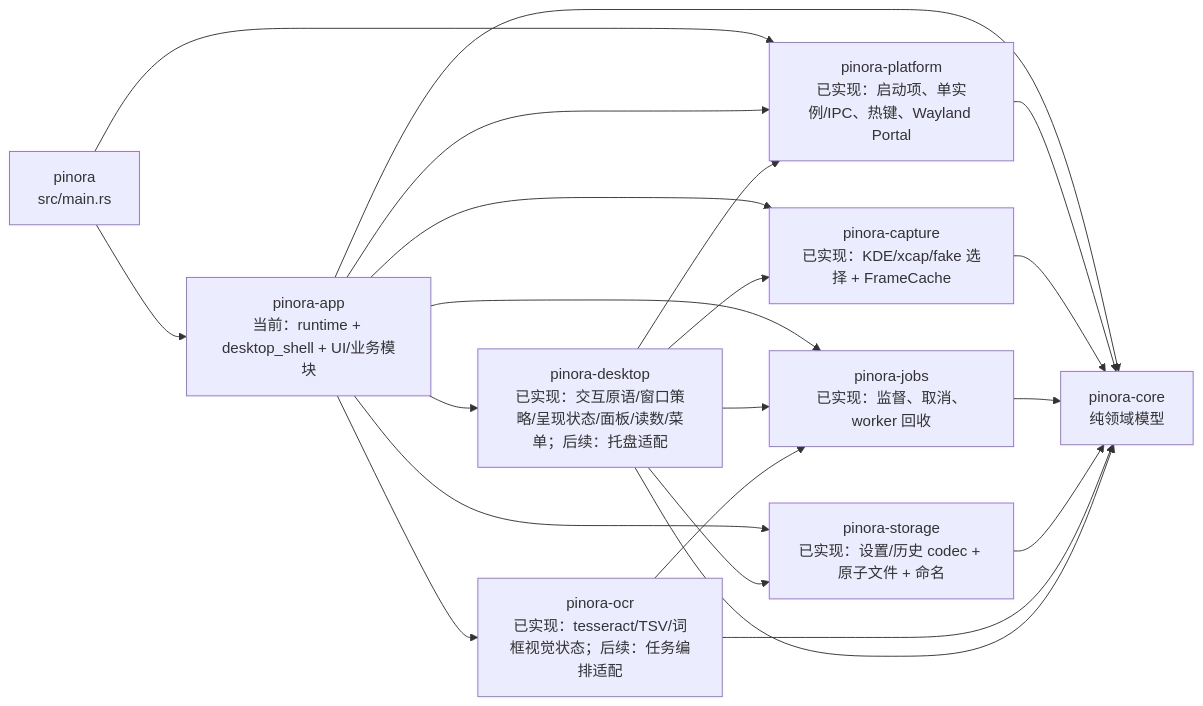
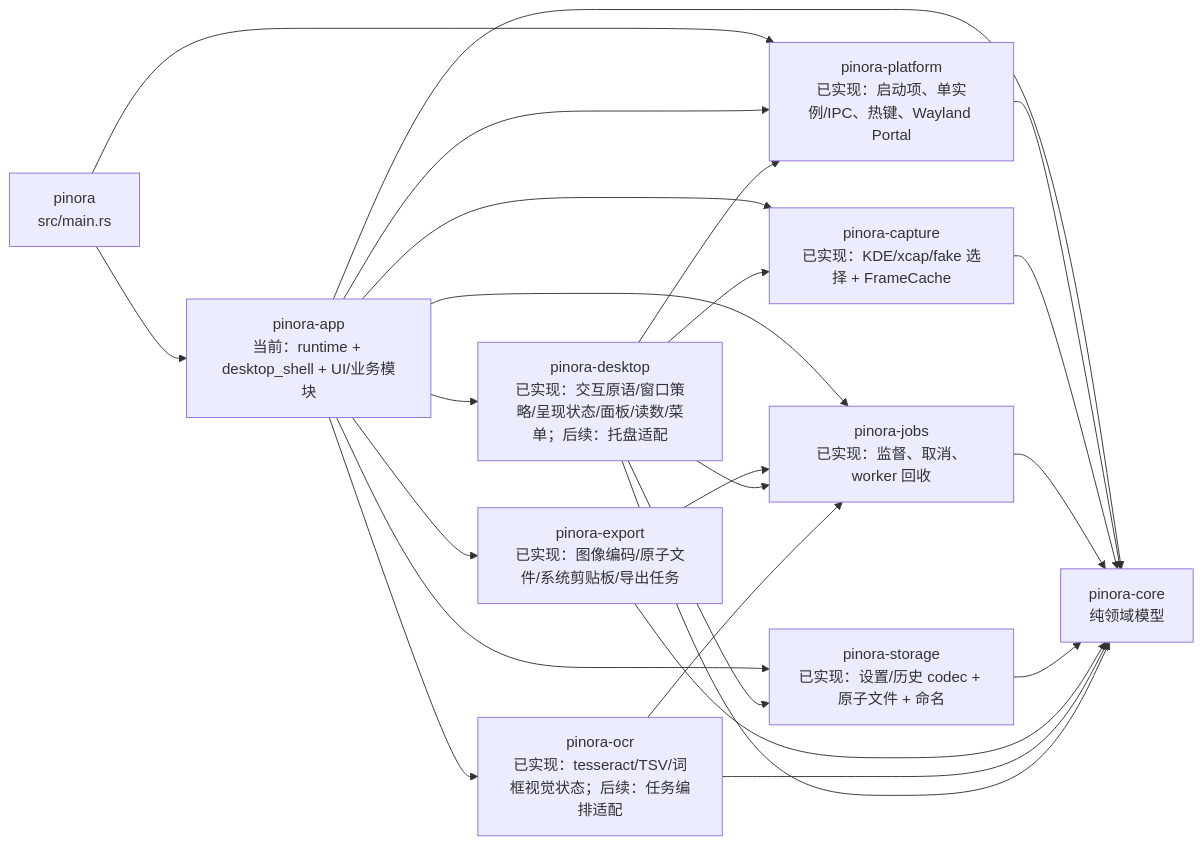
The third of 23 diagrams in docs/Pinora-开发设计文档.md (yhyzgn/pinora), drawn with Mermaid before and after one commit. The commit also changed other lines of this file and 18 other files, not shown here.

````diff
--- a/docs/Pinora-开发设计文档.md
+++ b/docs/Pinora-开发设计文档.md
@@ -236,24 +236,27 @@
 ```mermaid
 flowchart LR
     Main["pinora\nsrc/main.rs"] --> App["pinora-app\n当前：runtime + desktop_shell + UI/业务模块"]
     Main --> Platform["pinora-platform\n已实现：启动项、单实例/IPC、热键、Wayland Portal"]
     App --> Platform
     App --> Core["pinora-core\n纯领域模型"]
     Platform --> Core
 
     App --> CaptureNow["pinora-capture\n已实现：KDE/xcap/fake 选择 + FrameCache"]
     CaptureNow --> Core
     App --> JobsNow["pinora-jobs\n已实现：监督、取消、worker 回收"]
     JobsNow --> Core
     App --> StorageNow["pinora-storage\n已实现：设置/历史 codec + 原子文件 + 命名"]
     StorageNow --> Core
     App --> Desktop["pinora-desktop\n已实现：交互原语/窗口策略/呈现状态/面板/读数/菜单；后续：托盘适配"]
+    App --> ExportNow["pinora-export\n已实现：图像编码/原子文件/系统剪贴板/导出任务"]
+    ExportNow --> Core
+    ExportNow --> JobsNow
     App --> Ocr["pinora-ocr\n已实现：tesseract/TSV/词框视觉状态；后续：任务编排适配"]
     Ocr --> Core
     Desktop --> Core
     Desktop --> Platform
     Desktop --> CaptureNow
     Desktop --> JobsNow
     Desktop --> StorageNow
     Ocr --> JobsNow
 ```
````
